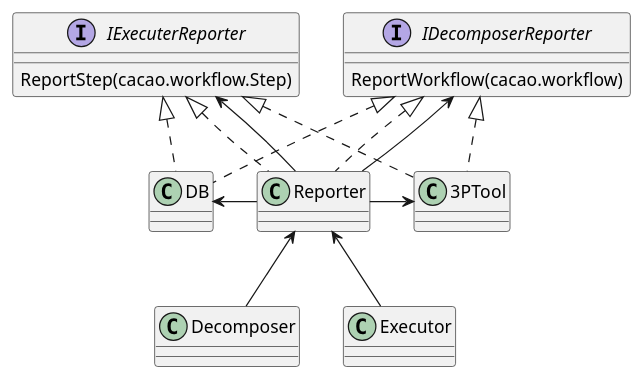
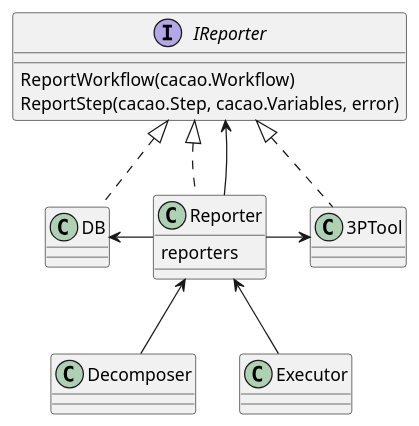
Before and after one commit to COSSAS/SOARCA: the diagram in docs/content/en/docs/core-components/reporting.md, drawn with PlantUML. The commit also changed other lines of this file and 6 other files, not shown here.

Commit message:
modify architecture and docs and implement base reporting

````diff
--- a/docs/content/en/docs/core-components/reporting.md
+++ b/docs/content/en/docs/core-components/reporting.md
@@ -28,35 +28,30 @@
 ```plantuml
 @startuml
 set separator ::
 
-interface IDecomposerReporter{
-    ReportWorkflow(cacao.workflow)
+interface IReporter{
+    ReportWorkflow(cacao.Workflow)
+    ReportStep(cacao.Step, cacao.Variables, error)
 }
 
-interface IExecuterReporter{
-    ReportStep(cacao.workflow.Step)
+class Reporter {
+    reporters
 }
-
-class Reporter 
 class DB
 class 3PTool
 class Decomposer
 class Executor
 
 Decomposer -up-> Reporter
 Executor -up-> Reporter
 
-Reporter .up.|> IDecomposerReporter
-Reporter -up-> IDecomposerReporter
-Reporter .up.|> IExecuterReporter
-Reporter -up-> IExecuterReporter
+Reporter .up.|> IReporter
+Reporter -up-> IReporter
 
-DB .up.|> IDecomposerReporter
-DB .up.|> IExecuterReporter
-3PTool .up.|> IDecomposerReporter
-3PTool .up.|> IExecuterReporter
+DB .up.|> IReporter
+3PTool .up.|> IReporter
 
 Reporter -left-> DB
 Reporter -right-> 3PTool
 
 ```
````
